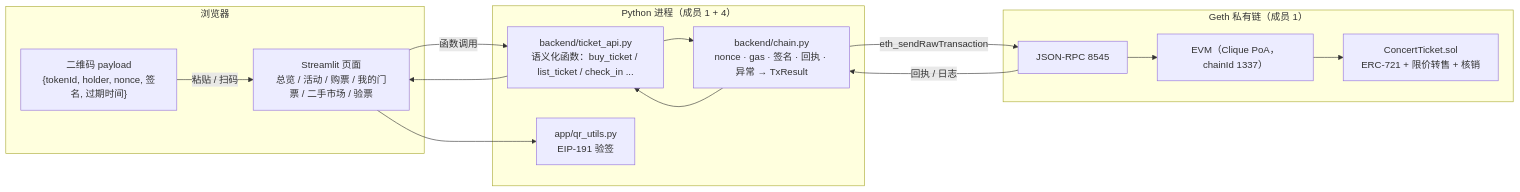
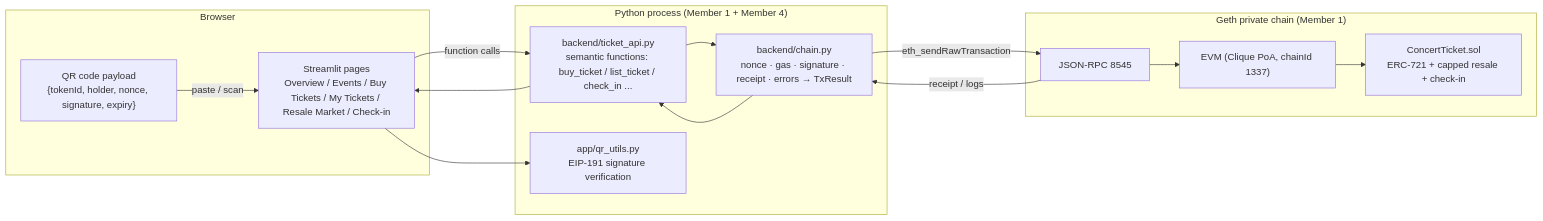
Before and after one commit to wangzai-dao/FTEC5520_AntiScalping: the diagram in docs/ARCHITECTURE.md, drawn with Mermaid. The commit also changed other lines of this file and 38 other files, not shown here.

````diff
--- a/docs/ARCHITECTURE.md
+++ b/docs/ARCHITECTURE.md
@@ -3,24 +3,24 @@
 ```mermaid
 flowchart LR
-    subgraph Browser["浏览器"]
-        UI["Streamlit 页面<br/>总览 / 活动 / 购票 / 我的门票 / 二手市场 / 验票"]
-        QR["二维码 payload<br/>{tokenId, holder, nonce, 签名, 过期时间}"]
+    subgraph Browser["Browser"]
+        UI["Streamlit pages<br/>Overview / Events / Buy Tickets / My Tickets / Resale Market / Check-in"]
+        QR["QR code payload<br/>{tokenId, holder, nonce, signature, expiry}"]
     end
 
-    subgraph Python["Python 进程（成员 1 + 4）"]
-        API["backend/ticket_api.py<br/>语义化函数：buy_ticket / list_ticket / check_in ..."]
-        CHAIN["backend/chain.py<br/>nonce · gas · 签名 · 回执 · 异常 → TxResult"]
-        QRV["app/qr_utils.py<br/>EIP-191 验签"]
+    subgraph Python["Python process (Member 1 + Member 4)"]
+        API["backend/ticket_api.py<br/>semantic functions: buy_ticket / list_ticket / check_in ..."]
+        CHAIN["backend/chain.py<br/>nonce · gas · signature · receipt · errors → TxResult"]
+        QRV["app/qr_utils.py<br/>EIP-191 signature verification"]
     end
 
-    subgraph Node["Geth 私有链（成员 1）"]
+    subgraph Node["Geth private chain (Member 1)"]
         RPC["JSON-RPC 8545"]
-        EVM["EVM（Clique PoA，chainId 1337）"]
-        C["ConcertTicket.sol<br/>ERC-721 + 限价转售 + 核销"]
+        EVM["EVM (Clique PoA, chainId 1337)"]
+        C["ConcertTicket.sol<br/>ERC-721 + capped resale + check-in"]
     end
 
-    UI -->|"函数调用"| API --> CHAIN -->|"eth_sendRawTransaction"| RPC --> EVM --> C
-    RPC -->|"回执 / 日志"| CHAIN --> API --> UI
-    QR -->|"粘贴 / 扫码"| UI
+    UI -->|"function calls"| API --> CHAIN -->|"eth_sendRawTransaction"| RPC --> EVM --> C
+    RPC -->|"receipt / logs"| CHAIN --> API --> UI
+    QR -->|"paste / scan"| UI
     UI --> QRV
 ```
````
